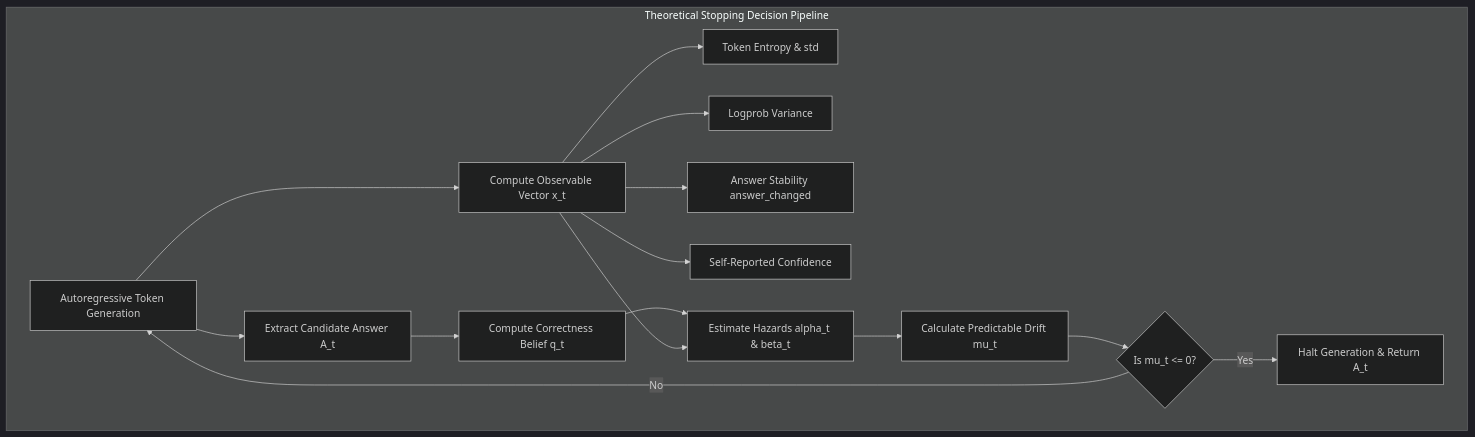
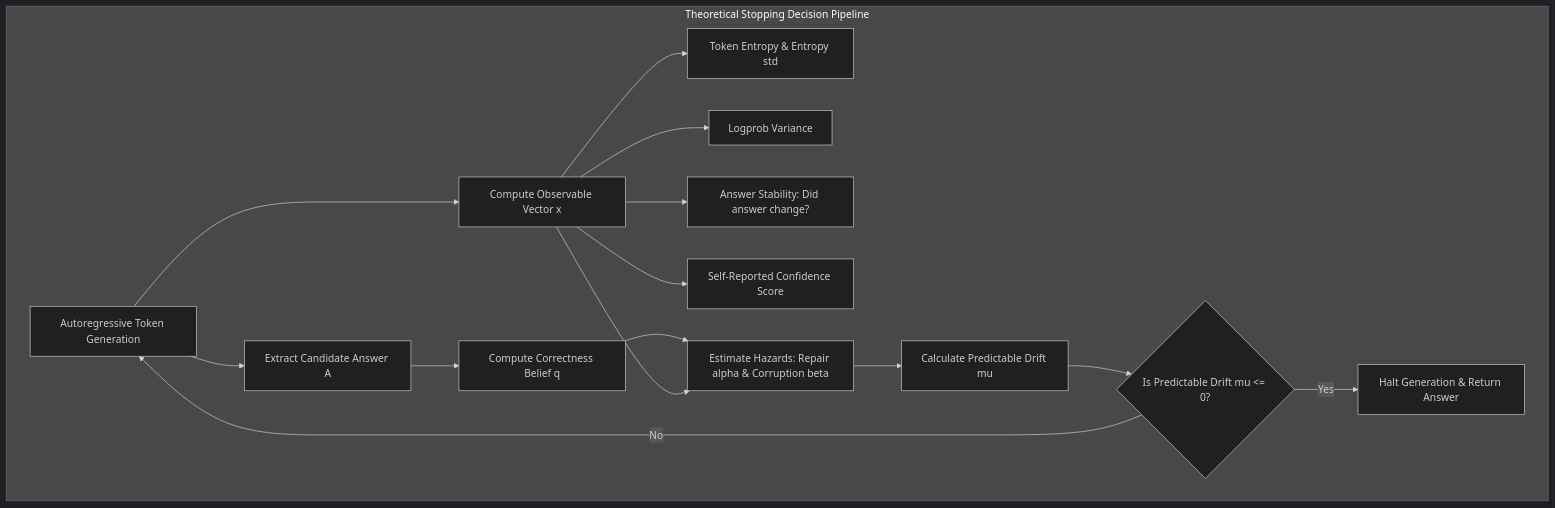
Before and after one commit to bhattadiCS/research-thesis-overthinking-boundary: the diagram in ThesisDocs/July_1_Checkin.md, drawn with Mermaid (dark theme). The commit also changed other lines of this file, not shown here.

Commit message:
docs: simplify Mermaid node labels and clean up inline LaTeX to ensure rendering correctness

````diff
--- a/ThesisDocs/July_1_Checkin.md
+++ b/ThesisDocs/July_1_Checkin.md
@@ -20,19 +20,19 @@
 ```mermaid
 flowchart TD
     subgraph Theoretical Stopping Decision Pipeline
-        A[Autoregressive Token Generation] --> B[Extract Candidate Answer A_t]
-        B --> C[Compute Correctness Belief q_t]
+        A[Autoregressive Token Generation] --> B[Extract Candidate Answer A]
+        B --> C[Compute Correctness Belief q]
         
-        A --> D[Compute Observable Vector x_t]
-        D --> D1[Token Entropy & std]
+        A --> D[Compute Observable Vector x]
+        D --> D1[Token Entropy & Entropy std]
         D --> D2[Logprob Variance]
-        D --> D3[Answer Stability answer_changed]
-        D --> D4[Self-Reported Confidence]
+        D --> D3[Answer Stability: Did answer change?]
+        D --> D4[Self-Reported Confidence Score]
         
-        C & D --> E[Estimate Hazards alpha_t & beta_t]
-        E --> F[Calculate Predictable Drift mu_t]
-        F --> G{Is mu_t <= 0?}
-        G -- Yes --> H[Halt Generation & Return A_t]
+        C & D --> E[Estimate Hazards: Repair alpha & Corruption beta]
+        E --> F[Calculate Predictable Drift mu]
+        F --> G{Is Predictable Drift mu <= 0?}
+        G -- Yes --> H[Halt Generation & Return Answer]
         G -- No --> A
     end
 ```
````
